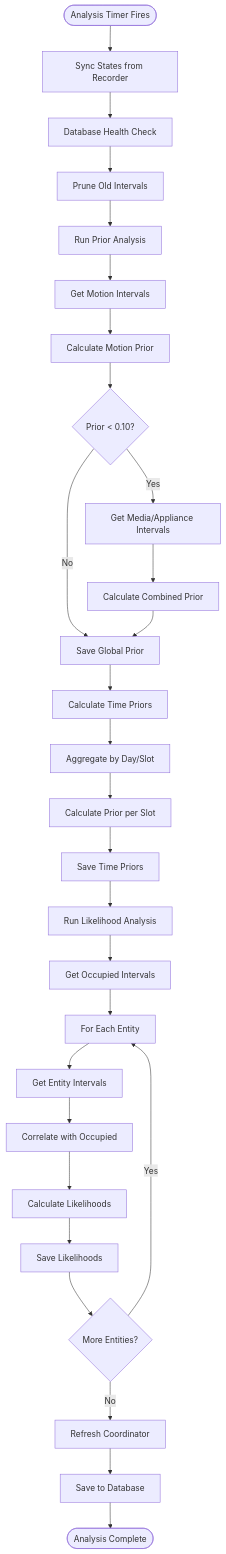
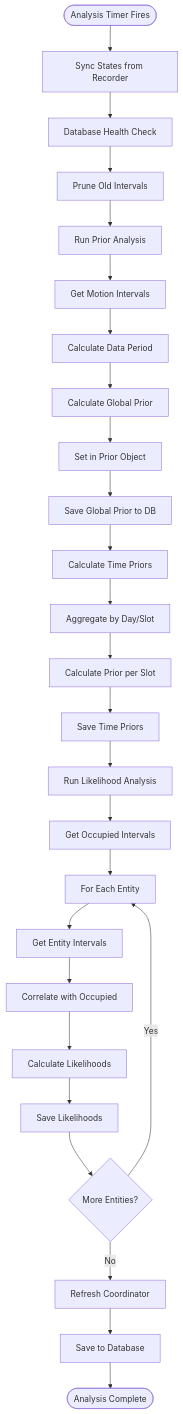
One commit to Hankanman/Area-Occupancy-Detection changed the second of 7 diagrams in docs/docs/technical/data-flow.md. Above: the diagram before and after it, drawn with Mermaid. The commit also changed other lines of this file and 4 other files, not shown here.

First line of the commit message:
Implement global prior saving and enhance documentation

````diff
--- a/docs/docs/technical/data-flow.md
+++ b/docs/docs/technical/data-flow.md
@@ -40,33 +40,30 @@
 ```mermaid
 flowchart TD
     Start([Analysis Timer Fires]) --> Sync[Sync States from Recorder]
     Sync --> HealthCheck[Database Health Check]
     HealthCheck --> Prune[Prune Old Intervals]
     Prune --> PriorAnalysis[Run Prior Analysis]
 
     PriorAnalysis --> GetMotion[Get Motion Intervals]
-    GetMotion --> CalcMotion[Calculate Motion Prior]
-    CalcMotion --> CheckLow{Prior < 0.10?}
-    CheckLow -->|Yes| GetMedia[Get Media/Appliance Intervals]
-    CheckLow -->|No| SaveGlobal[Save Global Prior]
-    GetMedia --> CalcAll[Calculate Combined Prior]
-    CalcAll --> SaveGlobal
-
+    GetMotion --> CalcPeriod[Calculate Data Period]
+    CalcPeriod --> CalcGlobal[Calculate Global Prior]
+    CalcGlobal --> SetMemory[Set in Prior Object]
+    SetMemory --> SaveGlobal[Save Global Prior to DB]
     SaveGlobal --> TimePrior[Calculate Time Priors]
     TimePrior --> Aggregate[Aggregate by Day/Slot]
     Aggregate --> CalcTime[Calculate Prior per Slot]
     CalcTime --> SaveTime[Save Time Priors]
 
     SaveTime --> LikelihoodAnalysis[Run Likelihood Analysis]
     LikelihoodAnalysis --> GetOccupied[Get Occupied Intervals]
     GetOccupied --> ForEach[For Each Entity]
     ForEach --> GetIntervals[Get Entity Intervals]
     GetIntervals --> Correlate[Correlate with Occupied]
     Correlate --> CalcLikelihood[Calculate Likelihoods]
     CalcLikelihood --> SaveLikelihood[Save Likelihoods]
     SaveLikelihood --> MoreEntities{More Entities?}
     MoreEntities -->|Yes| ForEach
     MoreEntities -->|No| Refresh[Refresh Coordinator]
     Refresh --> Save[Save to Database]
     Save --> End([Analysis Complete])
 ```
````
